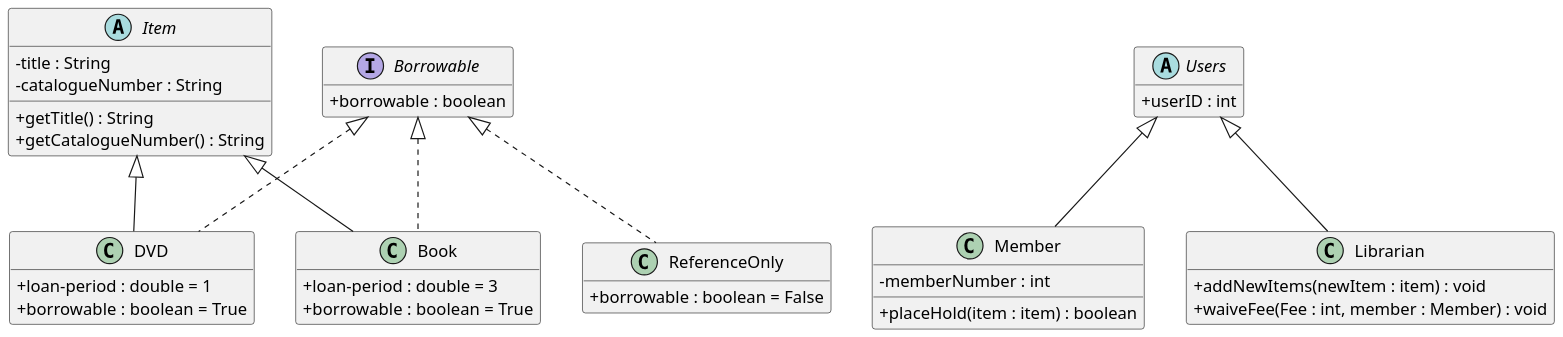
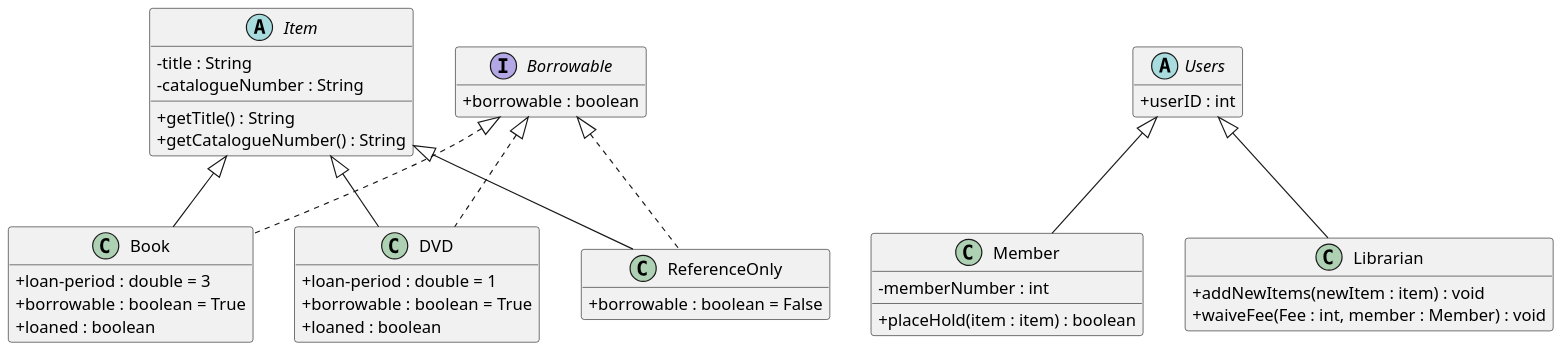
Before and after one commit to simZ-045/207-course-notes: the diagram in plantuml/exercises/library-uml-starter.puml, drawn with PlantUML. The commit also changed other lines of this file and 1 other file, not shown here.

Commit message:
correcting UML and adding in question 2,3 of chapter 8 in the plant uml file

```diff
--- a/plantuml/exercises/library-uml-starter.puml
+++ b/plantuml/exercises/library-uml-starter.puml
@@ -1,80 +1,70 @@
 @startuml
 skinparam dpi 150
 skinparam classAttributeIconSize 0
 hide empty members
 
 ' Your task (Chapter 8, Question 1): draw the UML class diagram for the library
 ' specification — items, books, DVDs, reference-only items, members, librarians,
 ' and holds.
 '
 ' Define each type as a box, then connect them with the right arrows. One box
 ' (Item) is filled in as an example — decide on the rest yourself. There is more
 ' than one defensible answer.
 '
 ' PlantUML cheat-sheet:
 '   interface Name { + method() : Type }
 '   abstract class Name { # field : Type }
 '   class Name { - field : Type }
 '   Parent    <|-- Child    ' generalization: Child extends Parent
 '   Interface <|.. Class    ' realization:    Class implements Interface
 ' (Putting the parent/interface on the LEFT of the arrow keeps it on top, which
 '  is the convention used in these notes.)
 
 abstract class Item {
   - title : String
   - catalogueNumber : String
   + getTitle() : String
   + getCatalogueNumber() : String
 }
 
-' TODO: add boxes for Book and DVD. What differs between them — a whole class,
-'       or just the value of a loan-period field?
 class Book {
  + loan-period : double = 3
  + borrowable : boolean = True
-
+ + loaned : boolean
 }
 class DVD {
  + loan-period : double = 1
  + borrowable : boolean = True
+ + loaned : boolean
 }
 
-' TODO: reference-only items cannot be borrowed at all. Decide how to say that
-'       in the diagram: a subclass, or an interface (e.g. "Borrowable") that
-'       only some items realize?
 interface Borrowable {
    + borrowable : boolean
 }
 
 class ReferenceOnly {
   + borrowable : boolean = False
 }
-
-' TODO: add Member and Librarian. What do they have in common? Add the common
-'       supertype if you think one is warranted.
 
 abstract class Users {
   + userID : int
 }
 class Member {
  - memberNumber : int
  + placeHold(item : item) : boolean
 }
 class Librarian {
  + addNewItems(newItem : item) : void
  + waiveFee(Fee : int, member : Member) : void
 }
 
 
-' TODO: add whatever represents a hold, and connect it to the classes that need
-'       to know about it.
-
-' TODO: add the arrows between all of your types.
 Borrowable <|.. ReferenceOnly
 Borrowable <|.. Book
 Borrowable <|.. DVD
 Users <|-- Member
 Users <|-- Librarian
 Item <|-- Book
 Item <|-- DVD
+Item <|-- ReferenceOnly
 @enduml
```
